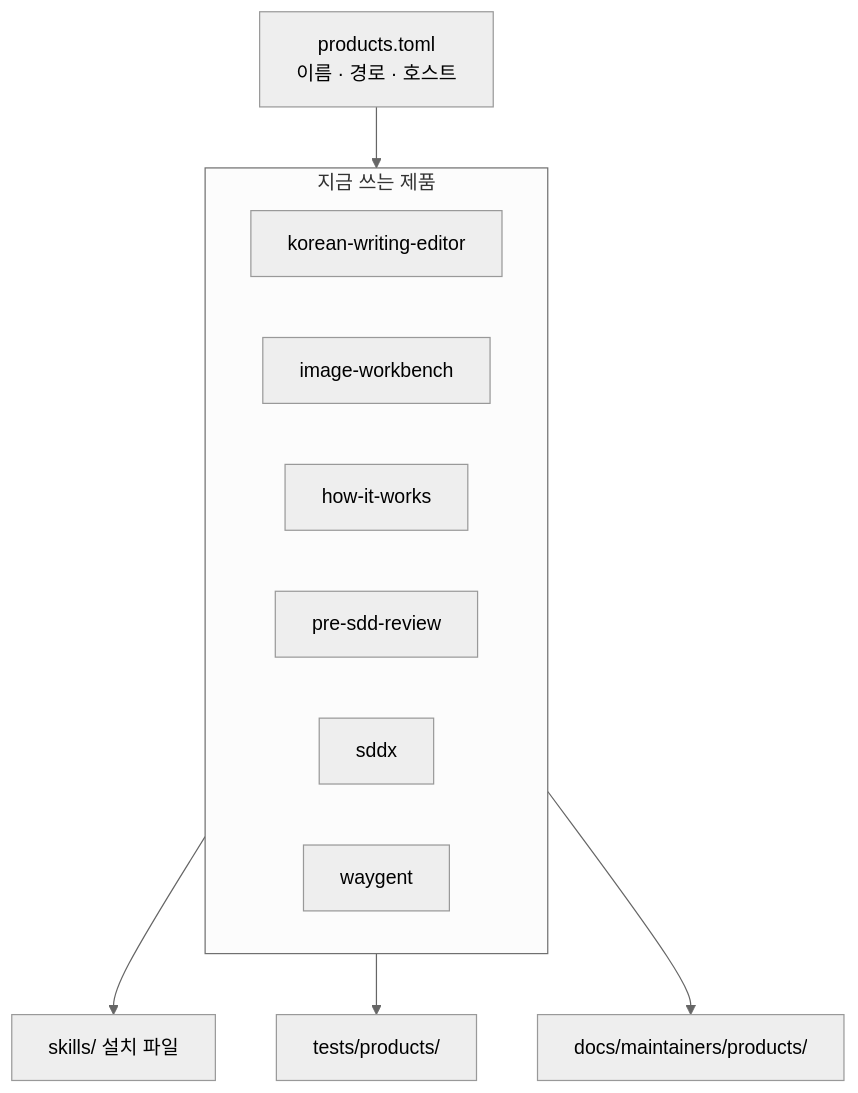
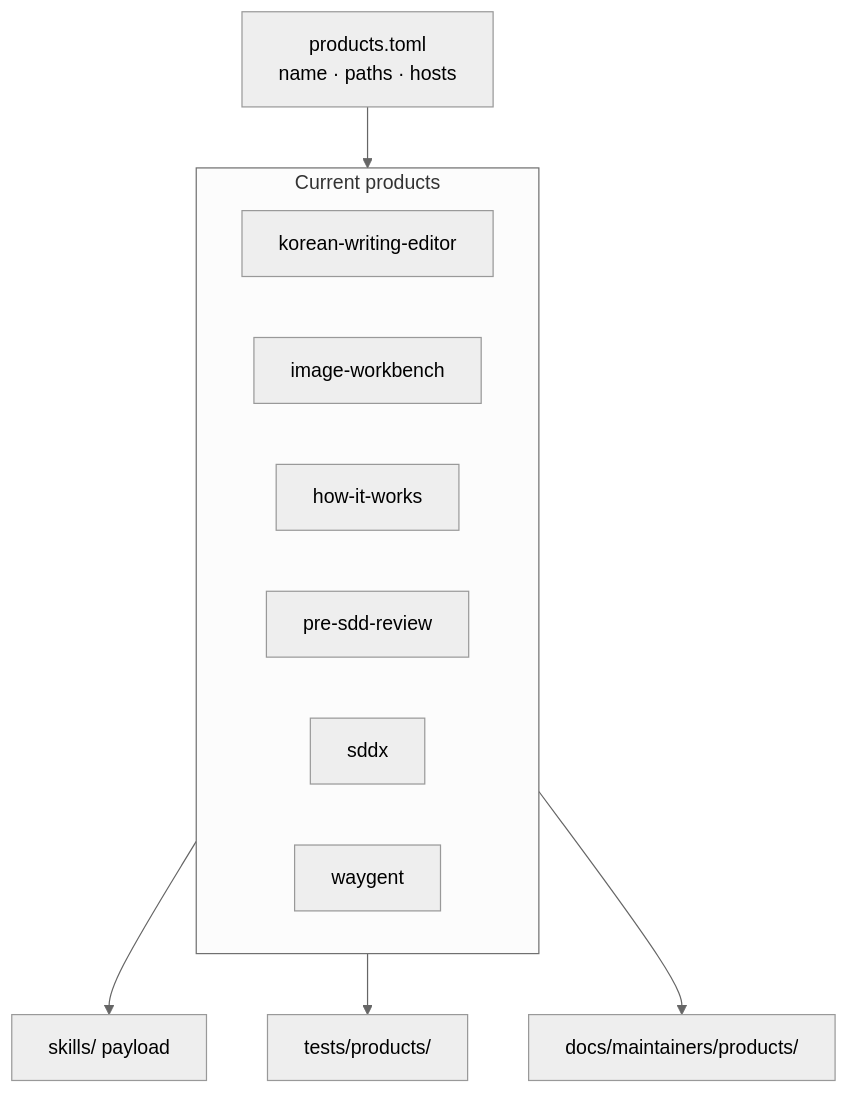
One commit to beyondwin/skills changed the diagram in docs/maintainers/repository/architecture.md. Above: the diagram before and after it, drawn with Mermaid (neutral theme). The commit also changed other lines of this file and 135 other files, not shown here.

````diff
--- a/docs/maintainers/repository/architecture.md
+++ b/docs/maintainers/repository/architecture.md
@@ -12,16 +13,16 @@
 ```mermaid
 flowchart TB
-  R["products.toml<br/>이름 · 경로 · 호스트"]
-  subgraph live ["지금 쓰는 제품"]
+  R["products.toml<br/>name · paths · hosts"]
+  subgraph live ["Current products"]
     K[korean-writing-editor]
     I[image-workbench]
     H[how-it-works]
     P[pre-sdd-review]
     S[sddx]
     W[waygent]
   end
   R --> live
-  live --> SK["skills/ 설치 파일"]
+  live --> SK["skills/ payload"]
   live --> T["tests/products/"]
   live --> D["docs/maintainers/products/"]
 ```
````
